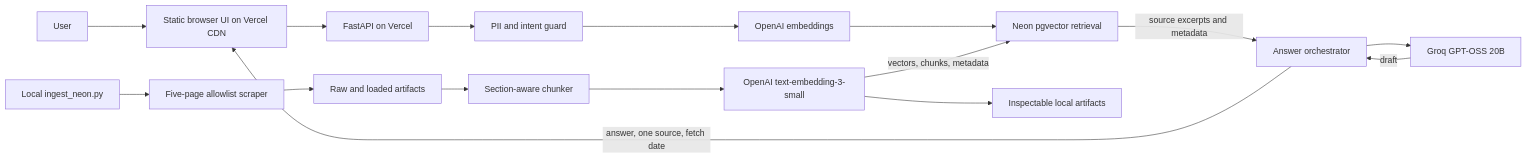
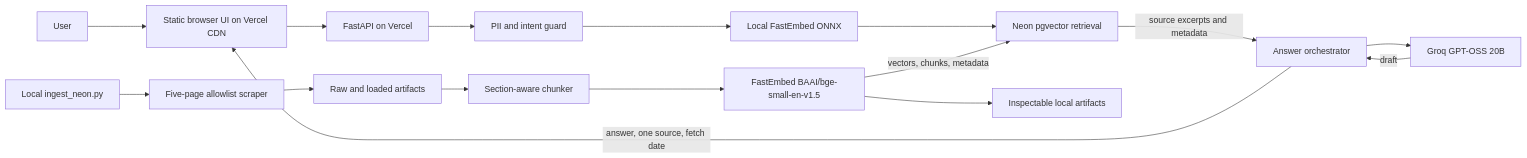
The diagram in architecture.md (diyachokshi25-dot/Growfolio), drawn with Mermaid before and after one commit. The commit also changed other lines of this file and 11 other files, not shown here.

Commit message:
Use local FastEmbed embeddings

````diff
--- a/architecture.md
+++ b/architecture.md
@@ -24,18 +24,18 @@
 ```mermaid
 flowchart LR
     U[User] --> UI[Static browser UI on Vercel CDN]
     UI --> API[FastAPI on Vercel]
     API --> Guard[PII and intent guard]
-    Guard --> Embed[OpenAI embeddings]
+    Guard --> Embed[Local FastEmbed ONNX]
     Embed --> Search[Neon pgvector retrieval]
     Search -->|source excerpts and metadata| Answer[Answer orchestrator]
     Answer --> LLM[Groq GPT-OSS 20B]
     LLM -->|draft| Answer
     Answer -->|answer, one source, fetch date| UI
     Ingest[Local ingest_neon.py] --> Fetch[Five-page allowlist scraper]
     Fetch --> Raw[Raw and loaded artifacts]
     Raw --> Chunk[Section-aware chunker]
-    Chunk --> Embeddings[OpenAI text-embedding-3-small]
+    Chunk --> Embeddings[FastEmbed BAAI/bge-small-en-v1.5]
     Embeddings --> Artifacts[Inspectable local artifacts]
     Embeddings -->|vectors, chunks, metadata| Search
 ```
````
